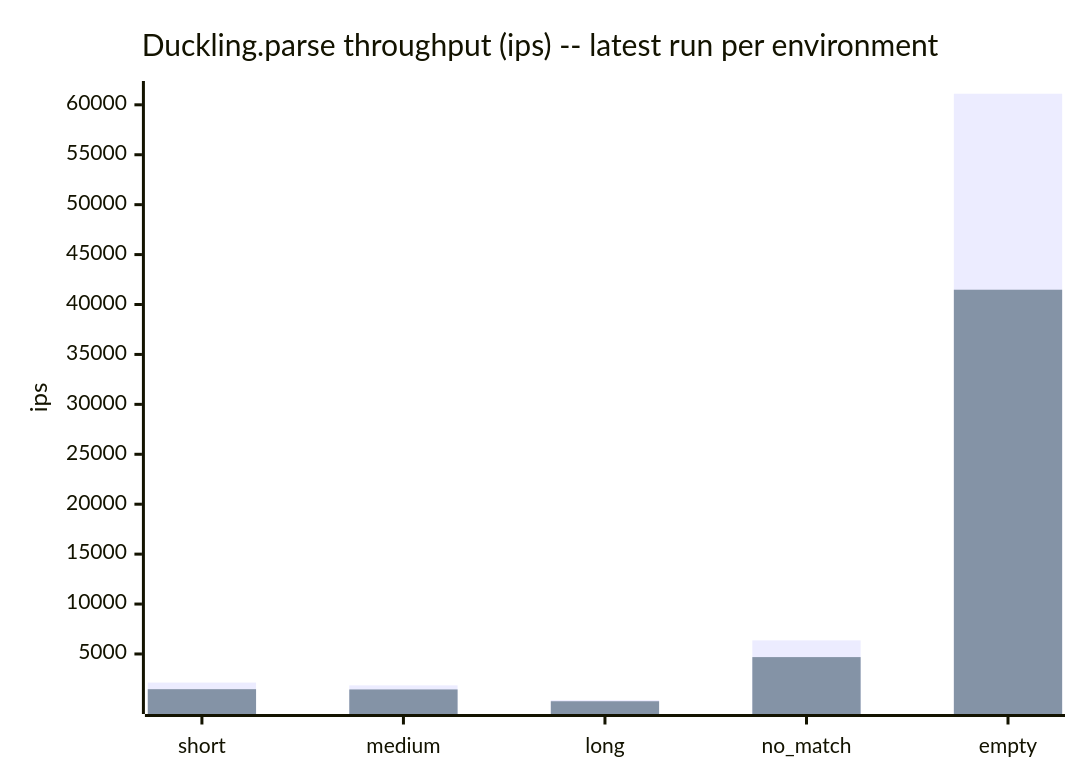
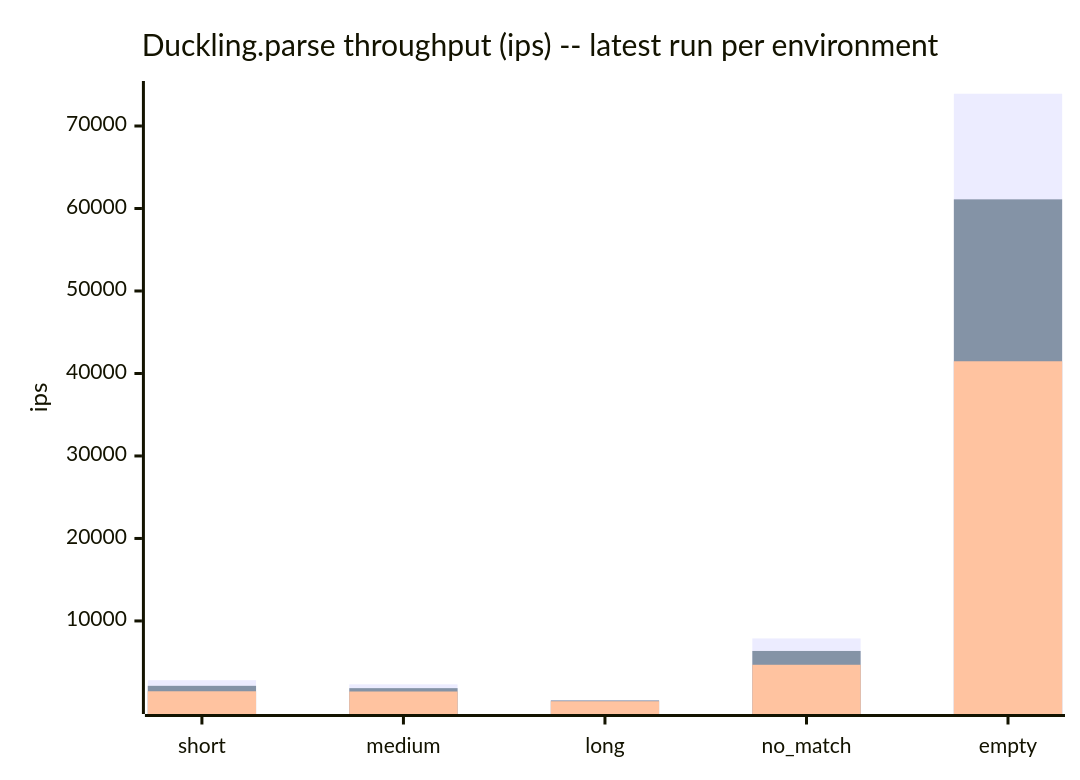
Before and after one commit to cpb/duckling: the first of 2 diagrams in docs/benchmarks/README.md, drawn with Mermaid. The commit also changed other lines of this file and 1 other file, not shown here.

Commit message:
Record github-actions benchmark results for 0.2.0

````diff
--- a/docs/benchmarks/README.md
+++ b/docs/benchmarks/README.md
@@ -52,8 +67,9 @@
 ```mermaid
 xychart-beta
     title "Duckling.parse throughput (ips) -- latest run per environment"
     x-axis [short, medium, long, no_match, empty]
     y-axis "ips"
+    bar "github-actions" [2820.1, 2314.0, 421.7, 7877.8, 73909.9]
     bar "claude-code-web" [2135.1, 1852.3, 366.0, 6362.9, 61108.3]
     bar "local" [1474.4, 1448.1, 265.1, 4686.9, 41481.2]
 ```
````
